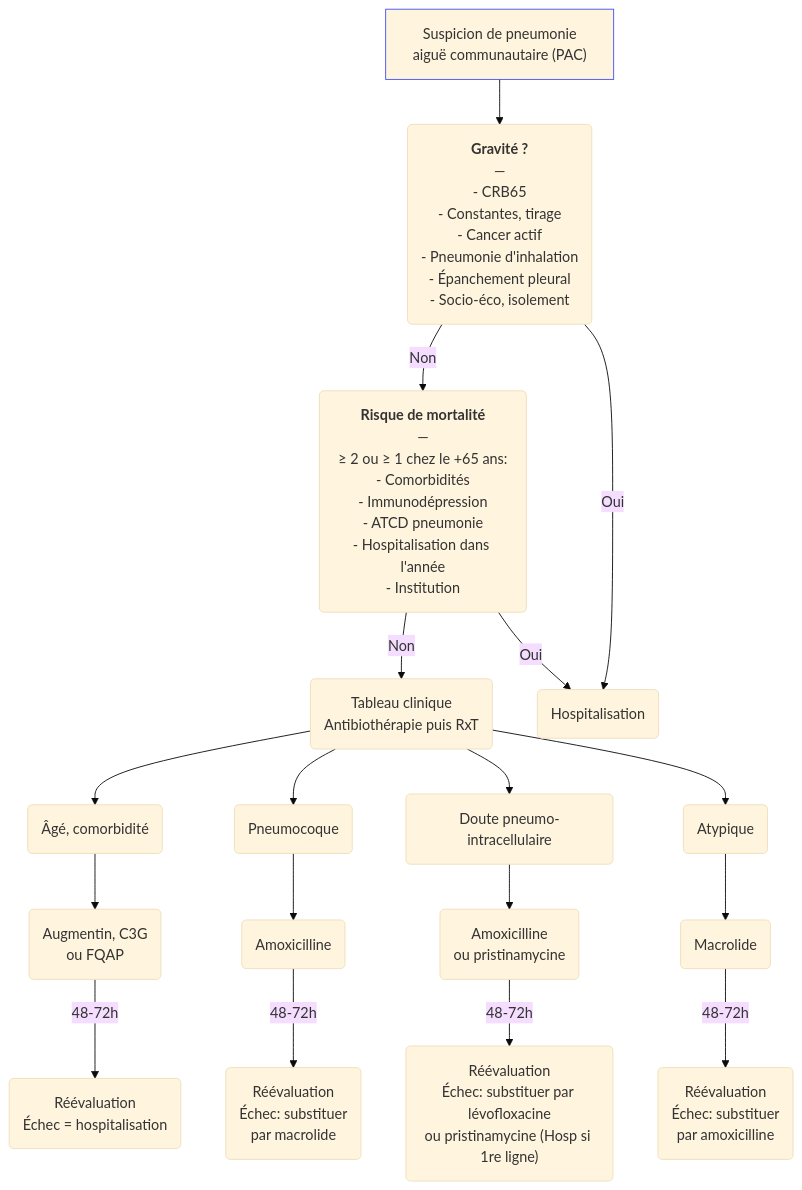
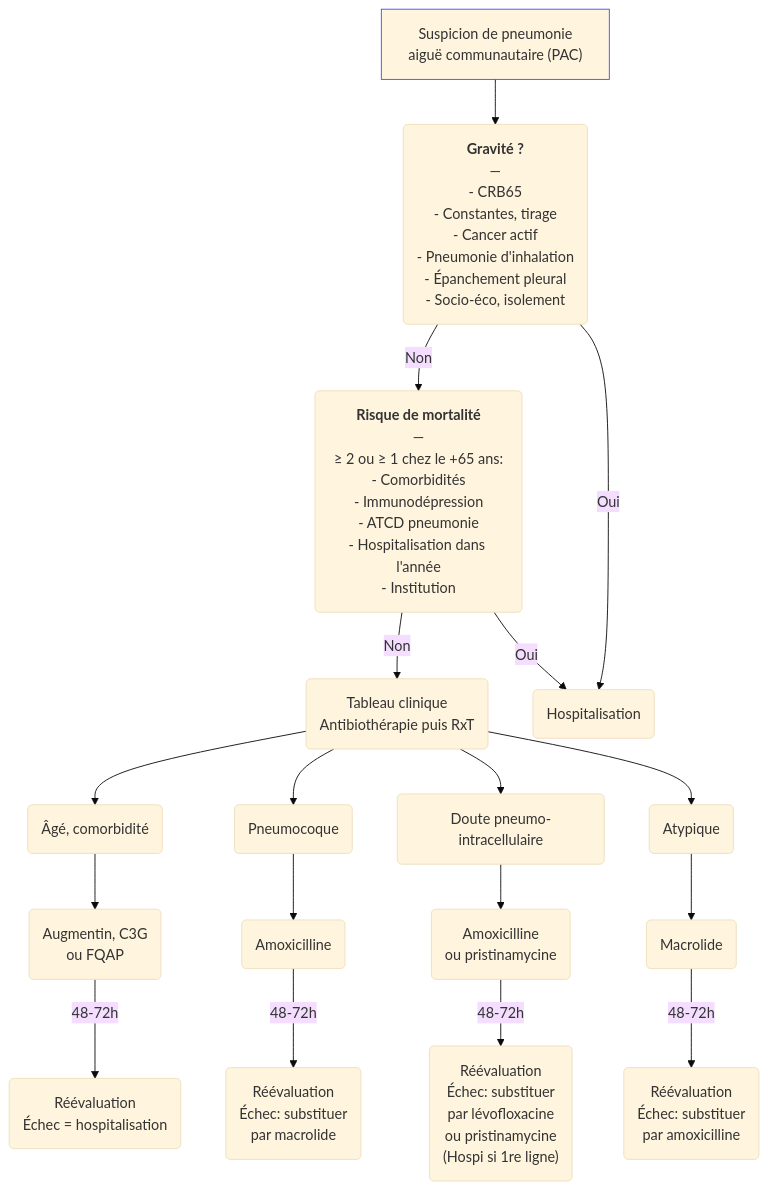
One commit to djibe/recommandations-medicales changed the diagram in content/recommandations/pneumonie-aigue-communautaire.md. Above: the diagram before and after it, drawn with Mermaid (base theme). The commit also changed other lines of this file and 2 other files, not shown here.

```diff
--- a/content/recommandations/pneumonie-aigue-communautaire.md
+++ b/content/recommandations/pneumonie-aigue-communautaire.md
@@ -314,11 +385,11 @@
 {{< mermaid title="Prise en charge de la pneumonie aiguë communautaire (PAC). Dr JB Fron d'après SPILF 2020 et Afssaps 2010" >}}
 graph TB
   suspicion["Suspicion de pneumonie<br> aiguë communautaire (PAC)"] --> gravité("<b>Gravité ?</b><br>—<br>- CRB65<br>- Constantes, tirage<br>- Cancer actif<br>- Pneumonie d'inhalation<br>- Épanchement pleural<br>- Socio-éco, isolement") -- Non --> risque("<b>Risque de mortalité</b><br>—<br>≥ 2 ou ≥ 1 chez le +65 ans:<br>- Comorbidités<br>- Immunodépression<br>- ATCD pneumonie<br>- Hospitalisation dans l'année<br>- Institution") -- Non --> tableau("Tableau clinique<br>Antibiothérapie puis RxT")
   style suspicion stroke:#4150f5, stroke-width:1px
     gravité -- Oui --> hospitalisation(Hospitalisation)
       risque -- Oui --> hospitalisation
       tableau --> âgé(Âgé, comorbidité) --> âgé2("Augmentin, C3G<br>ou FQAP") -- 48-72h --> âgé3("Réévaluation<br>Échec = hospitalisation")
       tableau --> pneumocoque(Pneumocoque) --> amoxicilline(Amoxicilline) -- 48-72h --> pneumo2("Réévaluation<br>Échec: substituer<br>par macrolide")
-      tableau --> douteux(Doute pneumo-intracellulaire) --> douteux1("Amoxicilline<br>ou pristinamycine") -- 48-72h --> douteux2("Réévaluation<br>Échec: substituer par lévofloxacine<br>ou pristinamycine (Hosp si 1re ligne)")
+      tableau --> douteux(Doute pneumo-intracellulaire) --> douteux1("Amoxicilline<br>ou pristinamycine") -- 48-72h --> douteux2("Réévaluation<br>Échec: substituer<br>par lévofloxacine<br>ou pristinamycine<br>(Hospi si 1re ligne)")
       tableau --> intracellulaire(Atypique) --> macrolide(Macrolide) -- 48-72h --> intra2(Réévaluation<br>Échec: substituer<br>par amoxicilline)
 {{< /mermaid >}}
```
